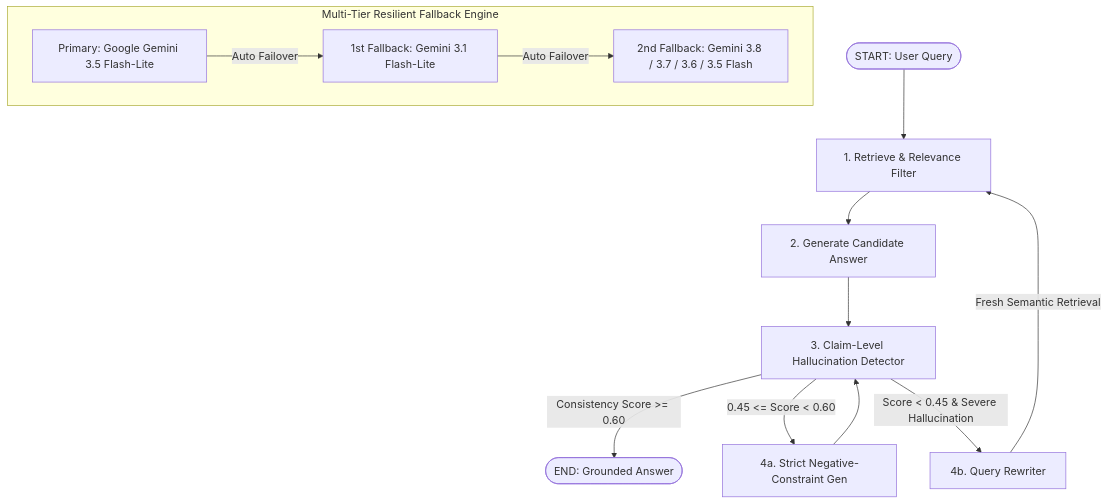
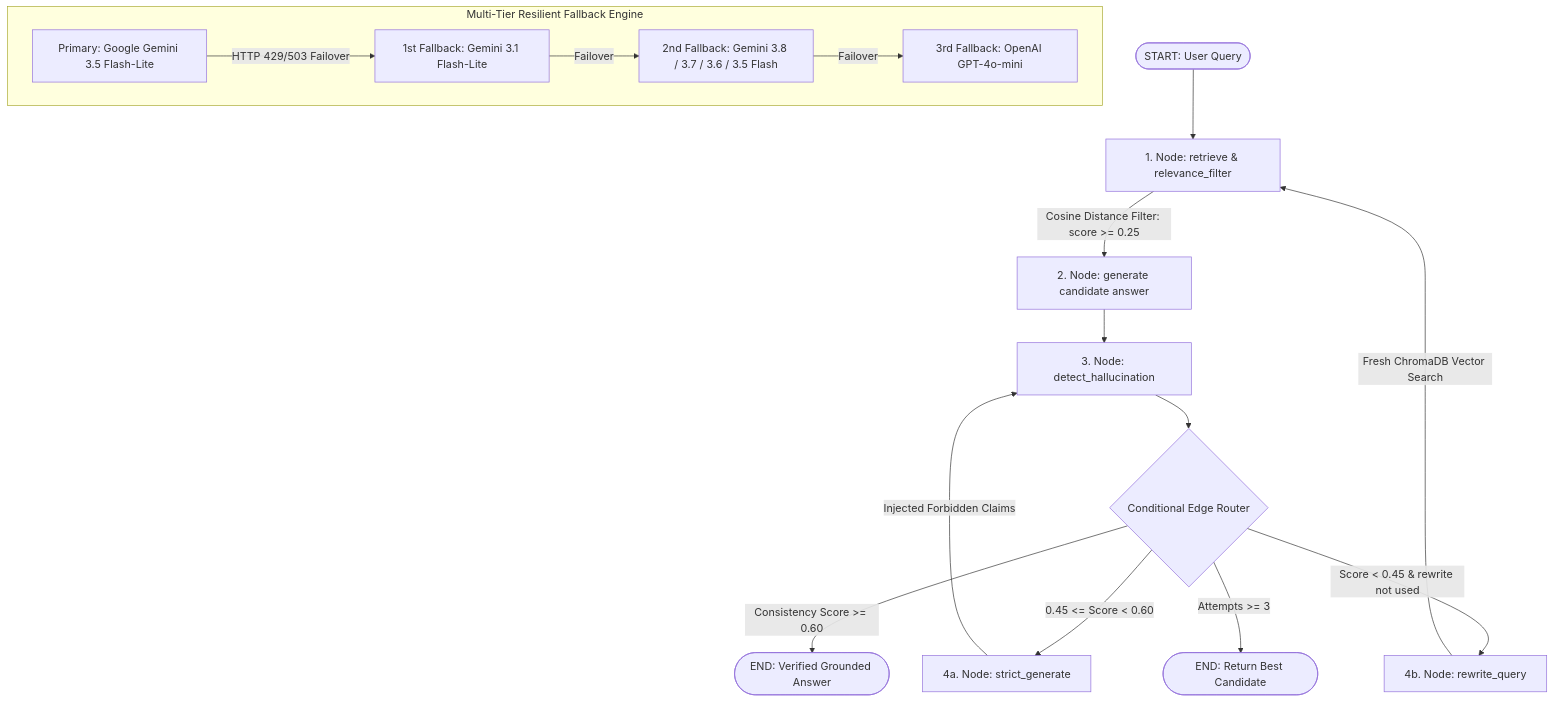
The diagram in README.md (rxshil09/Corrective-RAG), drawn with Mermaid before and after one commit. The commit also changed other lines of this file and 1 other file, not shown here.

````diff
--- a/README.md
+++ b/README.md
@@ -9,20 +18,24 @@
 ```mermaid
 flowchart TD
-    START([START: User Query]) --> Retrieve[1. Retrieve & Relevance Filter]
-    Retrieve --> Generate[2. Generate Candidate Answer]
-    Generate --> Detect[3. Claim-Level Hallucination Detector]
+    START([START: User Query]) --> Retrieve[1. Node: retrieve & relevance_filter]
+    Retrieve -->|Cosine Distance Filter: score >= 0.25| Generate[2. Node: generate candidate answer]
+    Generate --> Detect[3. Node: detect_hallucination]
     
-    Detect -->|Consistency Score >= 0.60| Pass([END: Grounded Answer])
-    Detect -->|0.45 <= Score < 0.60| StrictGen[4a. Strict Negative-Constraint Gen]
-    Detect -->|Score < 0.45 & Severe Hallucination| RewriteQuery[4b. Query Rewriter]
+    Detect --> Route{Conditional Edge Router}
     
-    StrictGen --> Detect
-    RewriteQuery -->|Fresh Semantic Retrieval| Retrieve
+    Route -->|Consistency Score >= 0.60| Pass([END: Verified Grounded Answer])
+    Route -->|0.45 <= Score < 0.60| StrictGen[4a. Node: strict_generate]
+    Route -->|Score < 0.45 & rewrite not used| RewriteQuery[4b. Node: rewrite_query]
+    Route -->|Attempts >= 3| MaxRetries([END: Return Best Candidate])
+    
+    StrictGen -->|Injected Forbidden Claims| Detect
+    RewriteQuery -->|Fresh ChromaDB Vector Search| Retrieve
 
     subgraph Multi-Tier Resilient Fallback Engine
         H[Primary: Google Gemini 3.5 Flash-Lite]
         I[1st Fallback: Gemini 3.1 Flash-Lite]
         J[2nd Fallback: Gemini 3.8 / 3.7 / 3.6 / 3.5 Flash]
-        H -->|Auto Failover| I -->|Auto Failover| J
+        K[3rd Fallback: OpenAI GPT-4o-mini]
+        H -->|HTTP 429/503 Failover| I -->|Failover| J -->|Failover| K
     end
 ```
````
